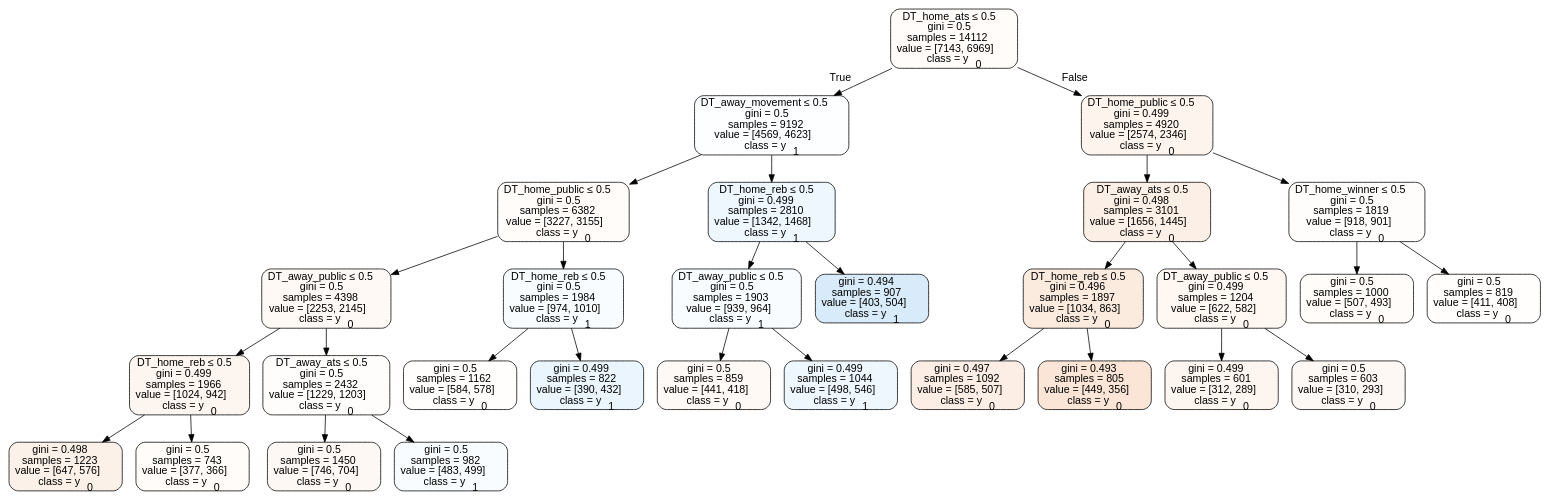
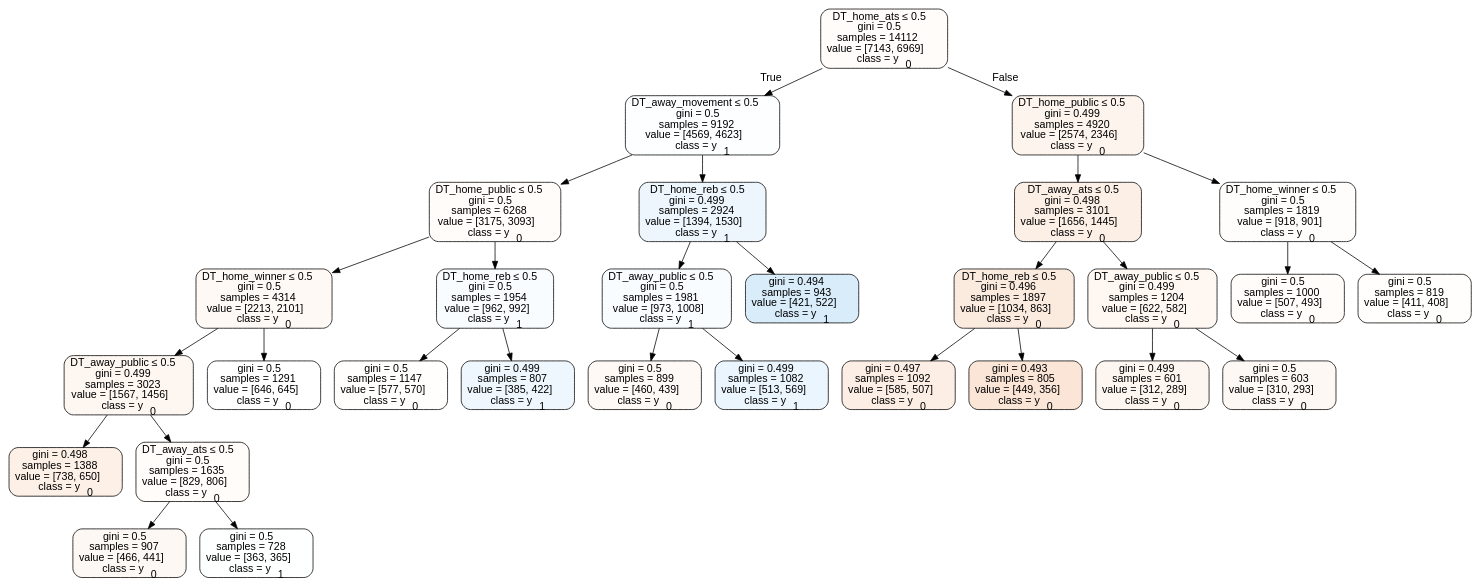
The diagram in Basketball/data/trees/tree2014home.dot (usbogie/ncaa-bets), drawn with Graphviz before and after one commit. The commit also changed 23 other files, not shown here.

```diff
--- a/Basketball/data/trees/tree2014home.dot
+++ b/Basketball/data/trees/tree2014home.dot
@@ -1,61 +1,61 @@
 digraph Tree {
 node [shape=box, style="filled, rounded", color="black", fontname=helvetica] ;
 edge [fontname=helvetica] ;
 0 [label=<DT_home_ats &le; 0.5<br/>gini = 0.5<br/>samples = 14112<br/>value = [7143, 6969]<br/>class = y<SUB>0</SUB>>, fillcolor="#e5813906"] ;
 1 [label=<DT_away_movement &le; 0.5<br/>gini = 0.5<br/>samples = 9192<br/>value = [4569, 4623]<br/>class = y<SUB>1</SUB>>, fillcolor="#399de503"] ;
 0 -> 1 [labeldistance=2.5, labelangle=45, headlabel="True"] ;
-2 [label=<DT_home_public &le; 0.5<br/>gini = 0.5<br/>samples = 6382<br/>value = [3227, 3155]<br/>class = y<SUB>0</SUB>>, fillcolor="#e5813906"] ;
+2 [label=<DT_home_public &le; 0.5<br/>gini = 0.5<br/>samples = 6268<br/>value = [3175, 3093]<br/>class = y<SUB>0</SUB>>, fillcolor="#e5813907"] ;
 1 -> 2 ;
-3 [label=<DT_away_public &le; 0.5<br/>gini = 0.5<br/>samples = 4398<br/>value = [2253, 2145]<br/>class = y<SUB>0</SUB>>, fillcolor="#e581390c"] ;
+3 [label=<DT_home_winner &le; 0.5<br/>gini = 0.5<br/>samples = 4314<br/>value = [2213, 2101]<br/>class = y<SUB>0</SUB>>, fillcolor="#e581390d"] ;
 2 -> 3 ;
-4 [label=<DT_home_reb &le; 0.5<br/>gini = 0.499<br/>samples = 1966<br/>value = [1024, 942]<br/>class = y<SUB>0</SUB>>, fillcolor="#e5813914"] ;
+4 [label=<DT_away_public &le; 0.5<br/>gini = 0.499<br/>samples = 3023<br/>value = [1567, 1456]<br/>class = y<SUB>0</SUB>>, fillcolor="#e5813912"] ;
 3 -> 4 ;
-5 [label=<gini = 0.498<br/>samples = 1223<br/>value = [647, 576]<br/>class = y<SUB>0</SUB>>, fillcolor="#e581391c"] ;
+5 [label=<gini = 0.498<br/>samples = 1388<br/>value = [738, 650]<br/>class = y<SUB>0</SUB>>, fillcolor="#e581391e"] ;
 4 -> 5 ;
-6 [label=<gini = 0.5<br/>samples = 743<br/>value = [377, 366]<br/>class = y<SUB>0</SUB>>, fillcolor="#e5813907"] ;
+6 [label=<DT_away_ats &le; 0.5<br/>gini = 0.5<br/>samples = 1635<br/>value = [829, 806]<br/>class = y<SUB>0</SUB>>, fillcolor="#e5813907"] ;
 4 -> 6 ;
-7 [label=<DT_away_ats &le; 0.5<br/>gini = 0.5<br/>samples = 2432<br/>value = [1229, 1203]<br/>class = y<SUB>0</SUB>>, fillcolor="#e5813905"] ;
-3 -> 7 ;
-8 [label=<gini = 0.5<br/>samples = 1450<br/>value = [746, 704]<br/>class = y<SUB>0</SUB>>, fillcolor="#e581390e"] ;
-7 -> 8 ;
-9 [label=<gini = 0.5<br/>samples = 982<br/>value = [483, 499]<br/>class = y<SUB>1</SUB>>, fillcolor="#399de508"] ;
-7 -> 9 ;
-10 [label=<DT_home_reb &le; 0.5<br/>gini = 0.5<br/>samples = 1984<br/>value = [974, 1010]<br/>class = y<SUB>1</SUB>>, fillcolor="#399de509"] ;
+7 [label=<gini = 0.5<br/>samples = 907<br/>value = [466, 441]<br/>class = y<SUB>0</SUB>>, fillcolor="#e581390e"] ;
+6 -> 7 ;
+8 [label=<gini = 0.5<br/>samples = 728<br/>value = [363, 365]<br/>class = y<SUB>1</SUB>>, fillcolor="#399de501"] ;
+6 -> 8 ;
+9 [label=<gini = 0.5<br/>samples = 1291<br/>value = [646, 645]<br/>class = y<SUB>0</SUB>>, fillcolor="#e5813900"] ;
+3 -> 9 ;
+10 [label=<DT_home_reb &le; 0.5<br/>gini = 0.5<br/>samples = 1954<br/>value = [962, 992]<br/>class = y<SUB>1</SUB>>, fillcolor="#399de508"] ;
 2 -> 10 ;
-11 [label=<gini = 0.5<br/>samples = 1162<br/>value = [584, 578]<br/>class = y<SUB>0</SUB>>, fillcolor="#e5813903"] ;
+11 [label=<gini = 0.5<br/>samples = 1147<br/>value = [577, 570]<br/>class = y<SUB>0</SUB>>, fillcolor="#e5813903"] ;
 10 -> 11 ;
-12 [label=<gini = 0.499<br/>samples = 822<br/>value = [390, 432]<br/>class = y<SUB>1</SUB>>, fillcolor="#399de519"] ;
+12 [label=<gini = 0.499<br/>samples = 807<br/>value = [385, 422]<br/>class = y<SUB>1</SUB>>, fillcolor="#399de516"] ;
 10 -> 12 ;
-13 [label=<DT_home_reb &le; 0.5<br/>gini = 0.499<br/>samples = 2810<br/>value = [1342, 1468]<br/>class = y<SUB>1</SUB>>, fillcolor="#399de516"] ;
+13 [label=<DT_home_reb &le; 0.5<br/>gini = 0.499<br/>samples = 2924<br/>value = [1394, 1530]<br/>class = y<SUB>1</SUB>>, fillcolor="#399de517"] ;
 1 -> 13 ;
-14 [label=<DT_away_public &le; 0.5<br/>gini = 0.5<br/>samples = 1903<br/>value = [939, 964]<br/>class = y<SUB>1</SUB>>, fillcolor="#399de507"] ;
+14 [label=<DT_away_public &le; 0.5<br/>gini = 0.5<br/>samples = 1981<br/>value = [973, 1008]<br/>class = y<SUB>1</SUB>>, fillcolor="#399de509"] ;
 13 -> 14 ;
-15 [label=<gini = 0.5<br/>samples = 859<br/>value = [441, 418]<br/>class = y<SUB>0</SUB>>, fillcolor="#e581390d"] ;
+15 [label=<gini = 0.5<br/>samples = 899<br/>value = [460, 439]<br/>class = y<SUB>0</SUB>>, fillcolor="#e581390c"] ;
 14 -> 15 ;
-16 [label=<gini = 0.499<br/>samples = 1044<br/>value = [498, 546]<br/>class = y<SUB>1</SUB>>, fillcolor="#399de516"] ;
+16 [label=<gini = 0.499<br/>samples = 1082<br/>value = [513, 569]<br/>class = y<SUB>1</SUB>>, fillcolor="#399de519"] ;
 14 -> 16 ;
-17 [label=<gini = 0.494<br/>samples = 907<br/>value = [403, 504]<br/>class = y<SUB>1</SUB>>, fillcolor="#399de533"] ;
+17 [label=<gini = 0.494<br/>samples = 943<br/>value = [421, 522]<br/>class = y<SUB>1</SUB>>, fillcolor="#399de531"] ;
 13 -> 17 ;
 18 [label=<DT_home_public &le; 0.5<br/>gini = 0.499<br/>samples = 4920<br/>value = [2574, 2346]<br/>class = y<SUB>0</SUB>>, fillcolor="#e5813917"] ;
 0 -> 18 [labeldistance=2.5, labelangle=-45, headlabel="False"] ;
 19 [label=<DT_away_ats &le; 0.5<br/>gini = 0.498<br/>samples = 3101<br/>value = [1656, 1445]<br/>class = y<SUB>0</SUB>>, fillcolor="#e5813920"] ;
 18 -> 19 ;
 20 [label=<DT_home_reb &le; 0.5<br/>gini = 0.496<br/>samples = 1897<br/>value = [1034, 863]<br/>class = y<SUB>0</SUB>>, fillcolor="#e581392a"] ;
 19 -> 20 ;
 21 [label=<gini = 0.497<br/>samples = 1092<br/>value = [585, 507]<br/>class = y<SUB>0</SUB>>, fillcolor="#e5813922"] ;
 20 -> 21 ;
 22 [label=<gini = 0.493<br/>samples = 805<br/>value = [449, 356]<br/>class = y<SUB>0</SUB>>, fillcolor="#e5813935"] ;
 20 -> 22 ;
 23 [label=<DT_away_public &le; 0.5<br/>gini = 0.499<br/>samples = 1204<br/>value = [622, 582]<br/>class = y<SUB>0</SUB>>, fillcolor="#e5813910"] ;
 19 -> 23 ;
 24 [label=<gini = 0.499<br/>samples = 601<br/>value = [312, 289]<br/>class = y<SUB>0</SUB>>, fillcolor="#e5813913"] ;
 23 -> 24 ;
 25 [label=<gini = 0.5<br/>samples = 603<br/>value = [310, 293]<br/>class = y<SUB>0</SUB>>, fillcolor="#e581390e"] ;
 23 -> 25 ;
 26 [label=<DT_home_winner &le; 0.5<br/>gini = 0.5<br/>samples = 1819<br/>value = [918, 901]<br/>class = y<SUB>0</SUB>>, fillcolor="#e5813905"] ;
 18 -> 26 ;
 27 [label=<gini = 0.5<br/>samples = 1000<br/>value = [507, 493]<br/>class = y<SUB>0</SUB>>, fillcolor="#e5813907"] ;
 26 -> 27 ;
 28 [label=<gini = 0.5<br/>samples = 819<br/>value = [411, 408]<br/>class = y<SUB>0</SUB>>, fillcolor="#e5813902"] ;
 26 -> 28 ;
 }
```
